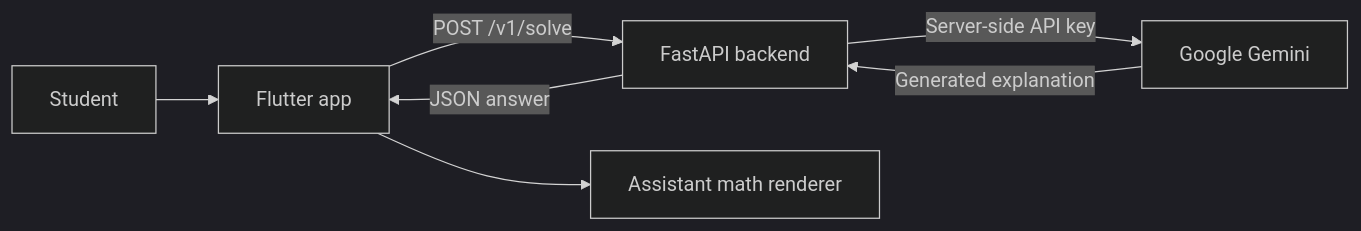
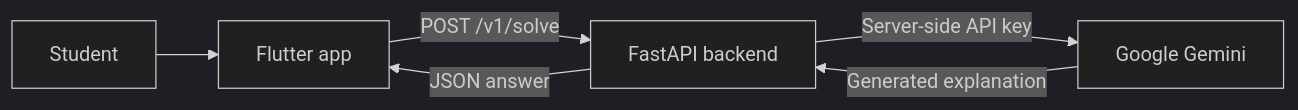
The diagram in README.md (Aditya090908/SolveLens), drawn with Mermaid (dark theme) before and after one commit. The commit also changed other lines of this file, not shown here.

Commit message:
Clarify SolveLens implementation, stack, and roadmap

````diff
--- a/README.md
+++ b/README.md
@@ -73,9 +46,8 @@
 ```mermaid
 flowchart LR
     U[Student] --> F[Flutter app]
     F -->|POST /v1/solve| A[FastAPI backend]
     A -->|Server-side API key| G[Google Gemini]
     G -->|Generated explanation| A
     A -->|JSON answer| F
-    F --> R[Assistant math renderer]
 ```
````
